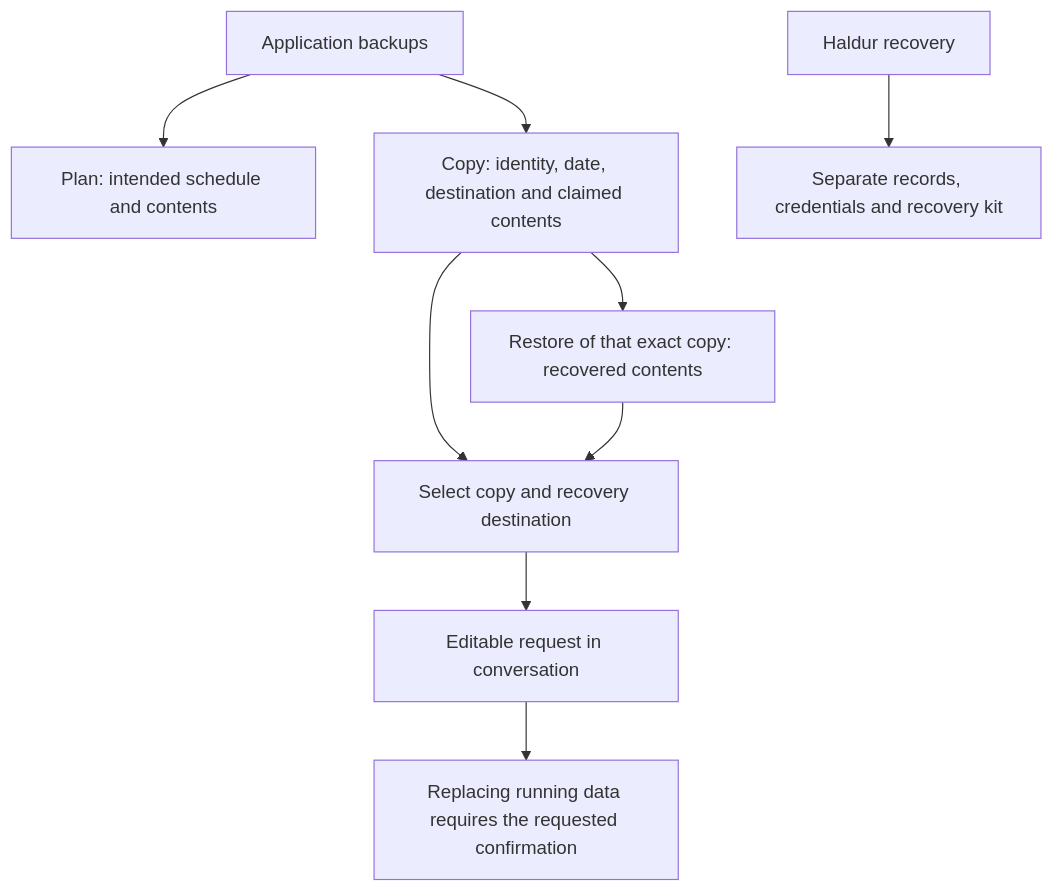
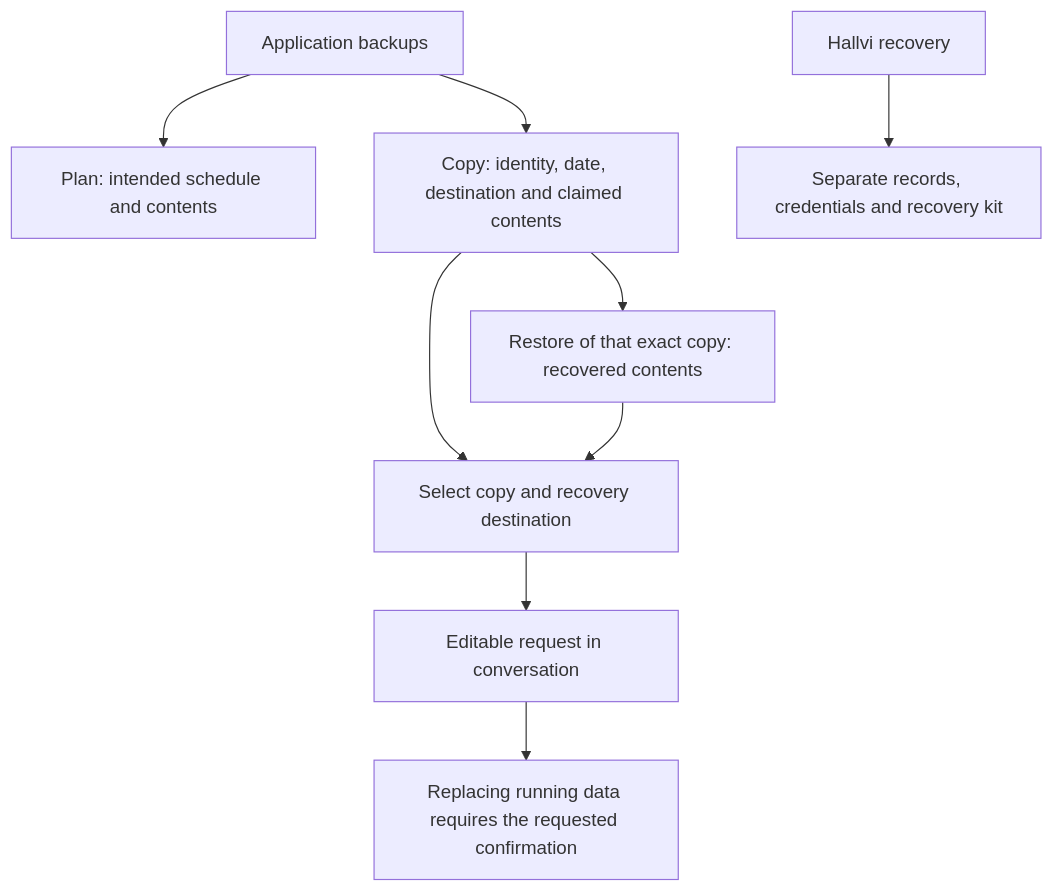
Before and after one commit to lustoykov/hallvi: the diagram in docs/architecture/backups-recovery-chain.md, drawn with Mermaid. The commit also changed other lines of this file and 476 other files, not shown here.

First line of the commit message:
Rename Haldur to Hallvi (#134)

````diff
--- a/docs/architecture/backups-recovery-chain.md
+++ b/docs/architecture/backups-recovery-chain.md
@@ -7,11 +7,11 @@
 ```mermaid
 flowchart TD
   A[Application backups] --> P[Plan: intended schedule and contents]
   A --> C[Copy: identity, date, destination and claimed contents]
   C --> R[Restore of that exact copy: recovered contents]
   C --> D[Select copy and recovery destination]
   R --> D
   D --> Q[Editable request in conversation]
   Q --> X[Replacing running data requires the requested confirmation]
-  S[Haldur recovery] --> K[Separate records, credentials and recovery kit]
+  S[Hallvi recovery] --> K[Separate records, credentials and recovery kit]
 ```
````
